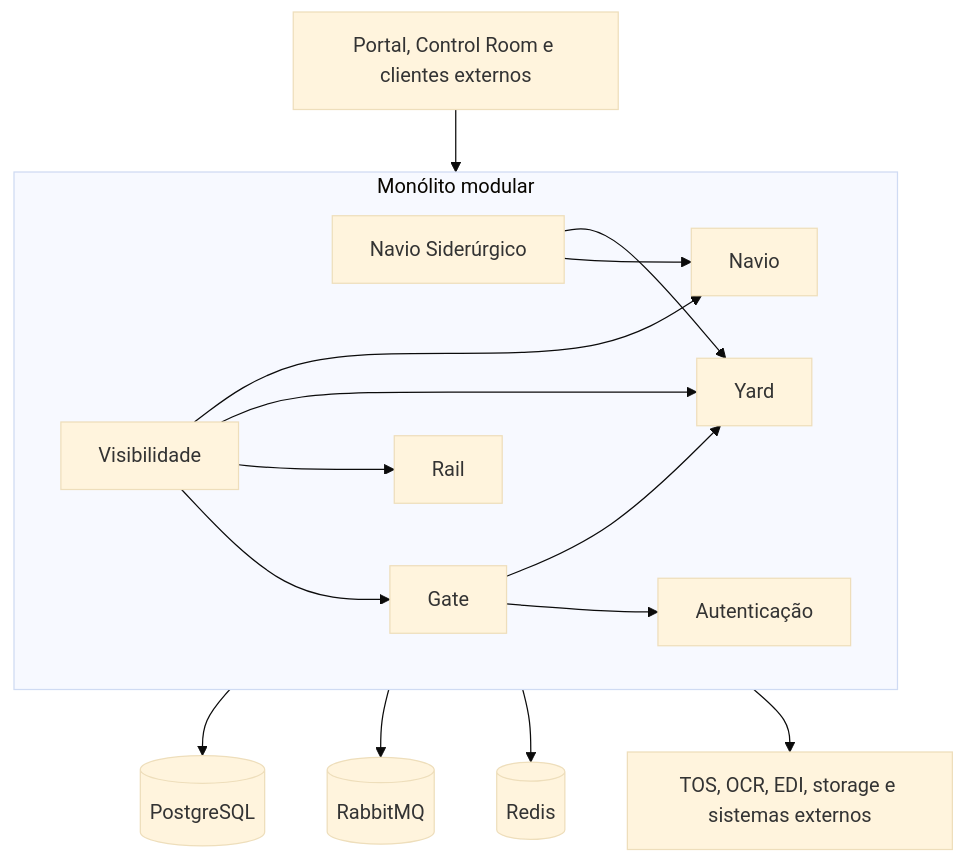
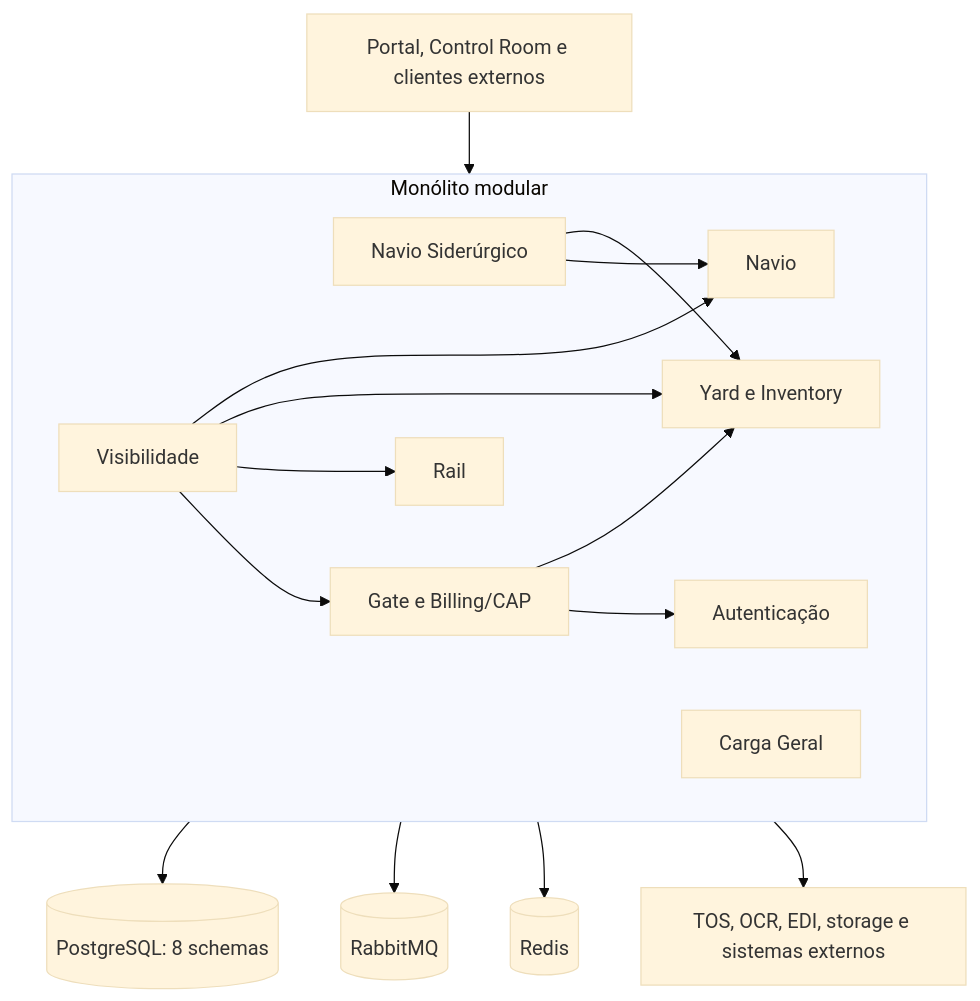
Before and after one commit to diogo2806/CloudPort: the diagram in docs/arquitetura-monolito-modular.md, drawn with Mermaid (base theme). The commit also changed other lines of this file, not shown here.

````diff
--- a/docs/arquitetura-monolito-modular.md
+++ b/docs/arquitetura-monolito-modular.md
@@ -58,28 +61,29 @@
 ```mermaid
 flowchart TB
     CLIENTES[Portal, Control Room e clientes externos] --> RUNTIME[cloudport-runtime]
 
     subgraph RUNTIME[Monólito modular]
         AUTH[Autenticação]
-        GATE[Gate]
+        CGO[Carga Geral]
+        GATE[Gate e Billing/CAP]
         RAIL[Rail]
         VIS[Visibilidade]
-        YARD[Yard]
+        YARD[Yard e Inventory]
         NAVIO[Navio]
         SIDERURGICO[Navio Siderúrgico]
 
         SIDERURGICO --> NAVIO
         SIDERURGICO --> YARD
         GATE --> AUTH
         GATE --> YARD
         VIS --> GATE
         VIS --> RAIL
         VIS --> YARD
         VIS --> NAVIO
     end
 
-    RUNTIME --> POSTGRES[(PostgreSQL)]
+    RUNTIME --> POSTGRES[(PostgreSQL: 8 schemas)]
     RUNTIME --> RABBIT[(RabbitMQ)]
     RUNTIME --> REDIS[(Redis)]
     RUNTIME --> EXTERNOS[TOS, OCR, EDI, storage e sistemas externos]
 ```
````
